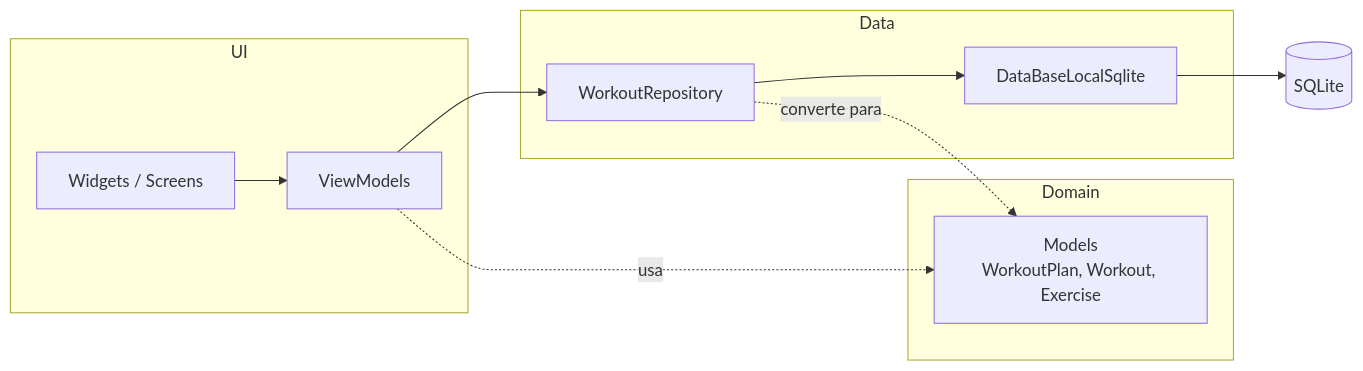
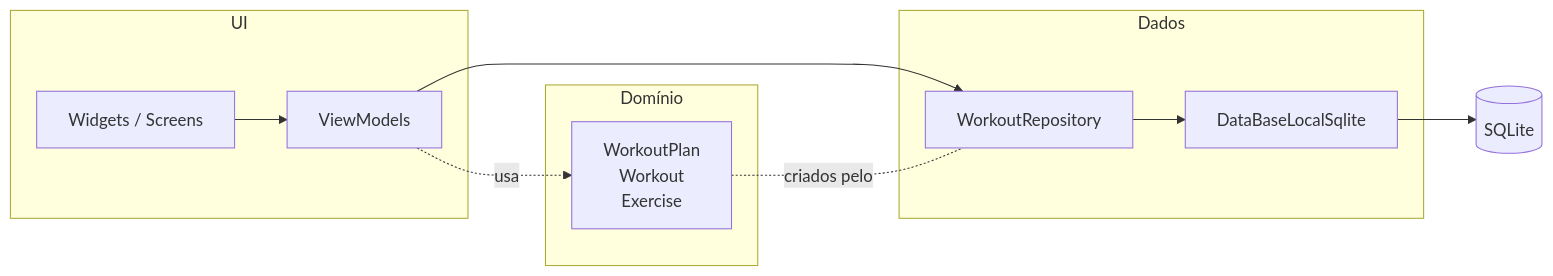
Before and after one commit to cesargehres/meus_treinos: the diagram in README.md, drawn with Mermaid. The commit also changed other lines of this file, not shown here.

Commit message:
docs: ajusta diagrama de arquitetura e remove seção de testes do README

````diff
--- a/README.md
+++ b/README.md
@@ -42,16 +42,16 @@
 ```mermaid
 flowchart LR
     subgraph UI
         W[Widgets / Screens] --> VM[ViewModels]
     end
-    subgraph Domain
-        M[Models<br/>WorkoutPlan, Workout, Exercise]
+    subgraph Domínio
+        M[WorkoutPlan<br/>Workout<br/>Exercise]
     end
-    subgraph Data
+    subgraph Dados
         R[WorkoutRepository] --> S[DataBaseLocalSqlite]
     end
-    VM --> R
+    VM ---> R
+    VM -. usa .-> M
+    M -. criados pelo .- R
     S --> DB[(SQLite)]
-    VM -.usa.-> M
-    R -.converte para.-> M
 ```
````
